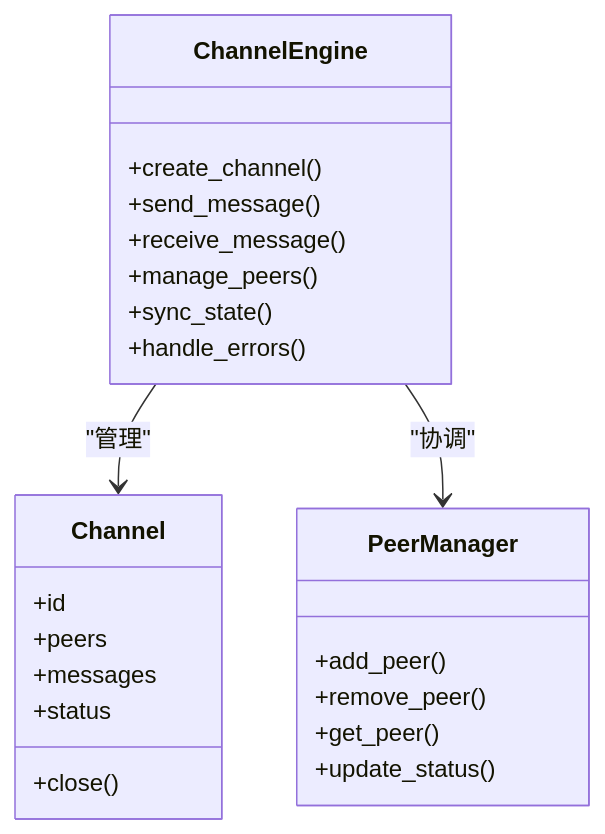
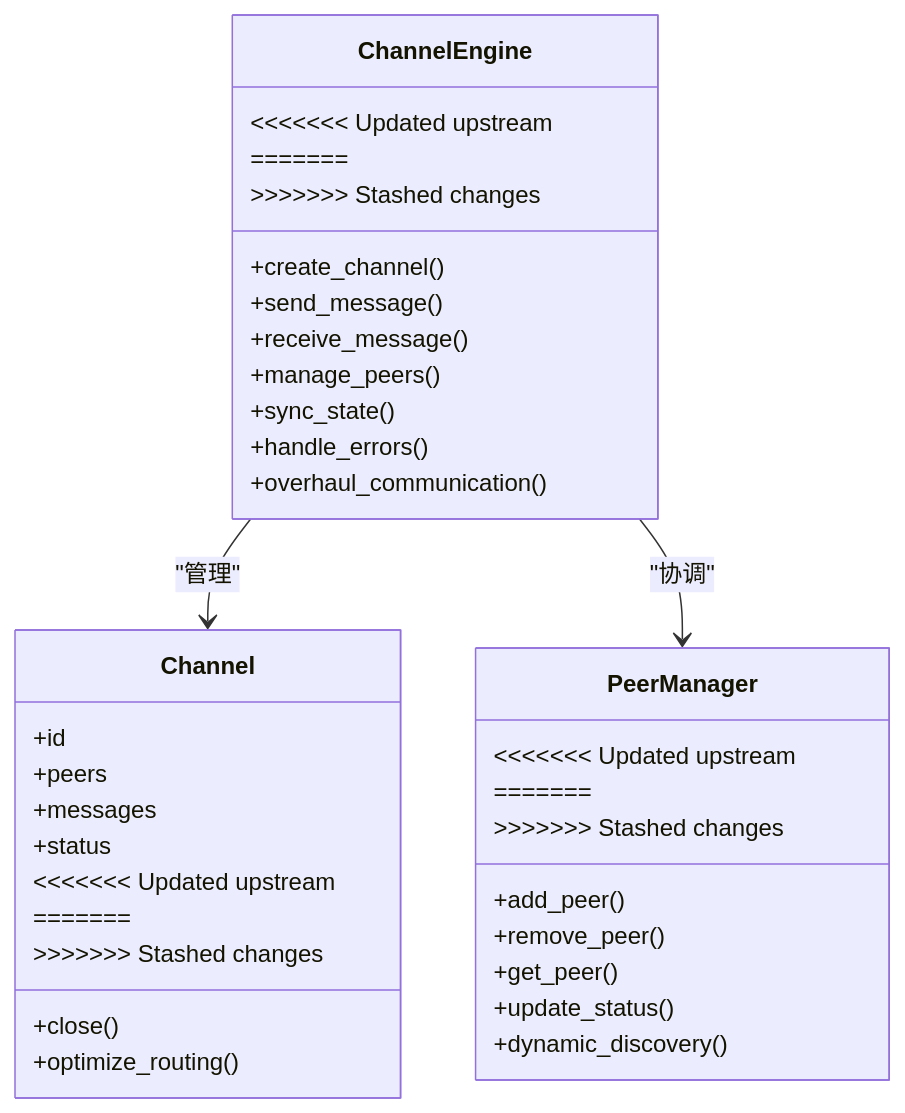
One commit to Ivandanslespace/thegreatnovel changed the fourth of 15 diagrams in .qoder/repowiki/zh/content/运行时系统/运行时核心.md. Above: the diagram before and after it, drawn with Mermaid. The commit also changed other lines of this file and 31 other files, not shown here.

````diff
--- a/.qoder/repowiki/zh/content/运行时系统/运行时核心.md
+++ b/.qoder/repowiki/zh/content/运行时系统/运行时核心.md
@@ -279,26 +377,38 @@
 ```mermaid
 classDiagram
 class ChannelEngine {
 +create_channel()
 +send_message()
 +receive_message()
 +manage_peers()
 +sync_state()
 +handle_errors()
+<<<<<<< Updated upstream
+=======
++overhaul_communication()
+>>>>>>> Stashed changes
 }
 class Channel {
 +id
 +peers
 +messages
 +status
 +close()
+<<<<<<< Updated upstream
+=======
++optimize_routing()
+>>>>>>> Stashed changes
 }
 class PeerManager {
 +add_peer()
 +remove_peer()
 +get_peer()
 +update_status()
+<<<<<<< Updated upstream
+=======
++dynamic_discovery()
+>>>>>>> Stashed changes
 }
 ChannelEngine --> Channel : "管理"
 ChannelEngine --> PeerManager : "协调"
 ```
````
